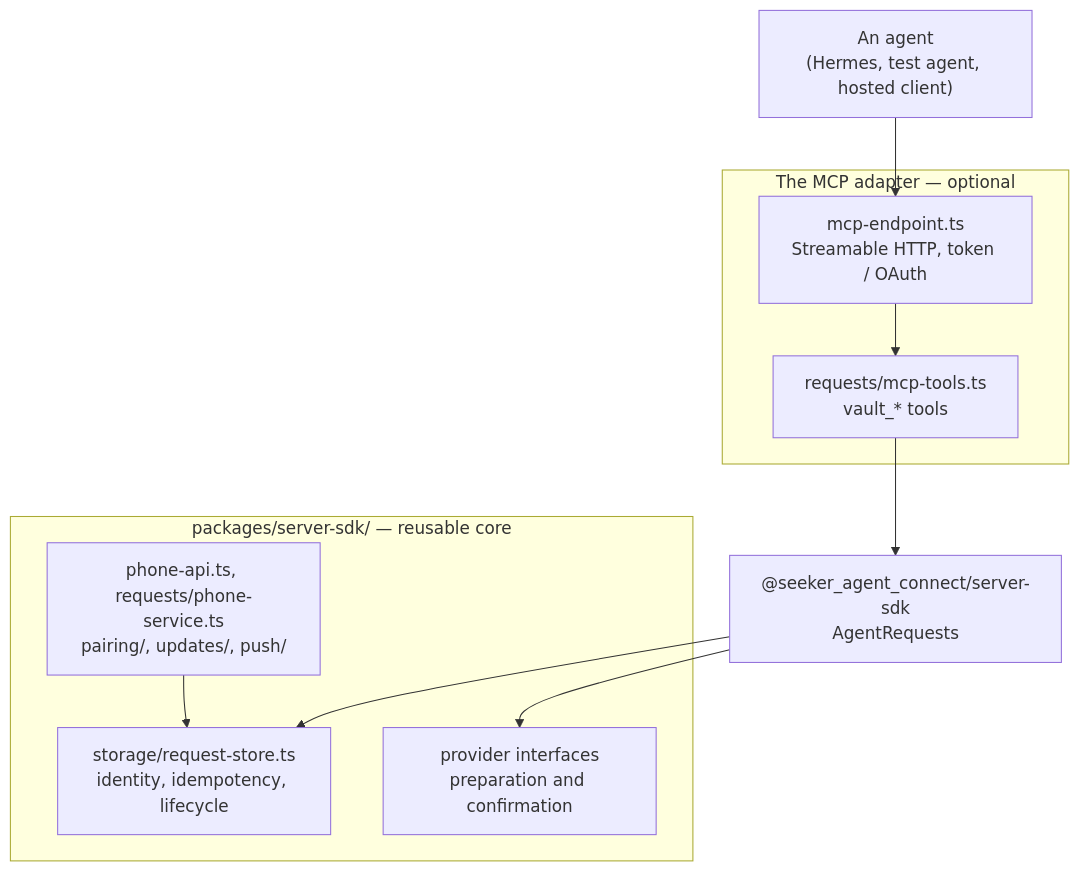
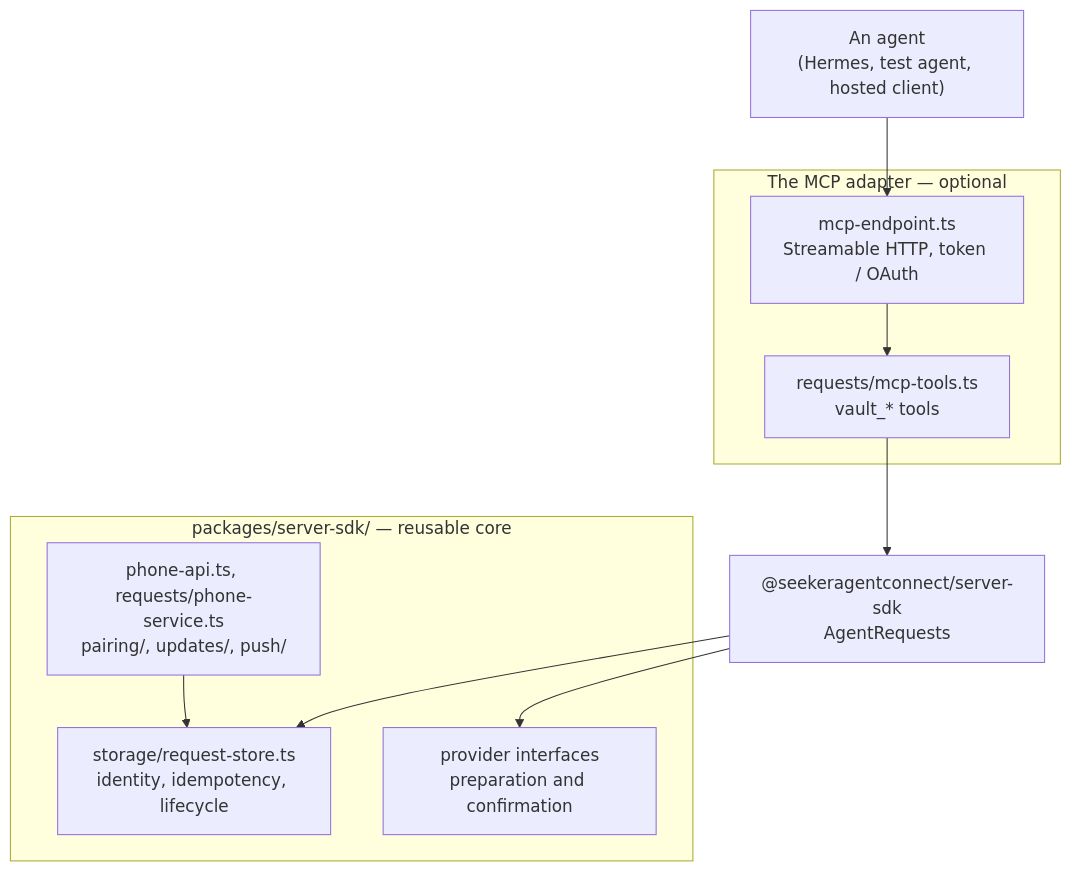
The diagram in docs/wiki/mcp-adapter.md (SeekerAgentConnect/sac), drawn with Mermaid before and after one commit. The commit also changed other lines of this file and 109 other files, not shown here.

````diff
--- a/docs/wiki/mcp-adapter.md
+++ b/docs/wiki/mcp-adapter.md
@@ -27,17 +27,17 @@
 ```mermaid
 flowchart TB
     Agent["An agent<br>(Hermes, test agent, hosted client)"]
     subgraph adapter["The MCP adapter — optional"]
         Endpoint["mcp-endpoint.ts<br>Streamable HTTP, token / OAuth"]
         Tools["requests/mcp-tools.ts<br>vault_* tools"]
     end
-    Boundary["@seeker_agent_connect/server-sdk<br>AgentRequests"]
+    Boundary["@seekeragentconnect/server-sdk<br>AgentRequests"]
     subgraph core["packages/server-sdk/ — reusable core"]
         Store["storage/request-store.ts<br>identity, idempotency, lifecycle"]
         Phone["phone-api.ts, requests/phone-service.ts<br>pairing/, updates/, push/"]
         Chain["provider interfaces<br>preparation and confirmation"]
     end
     Agent --> Endpoint --> Tools --> Boundary --> Store
     Boundary --> Chain
     Phone --> Store
 ```
````
